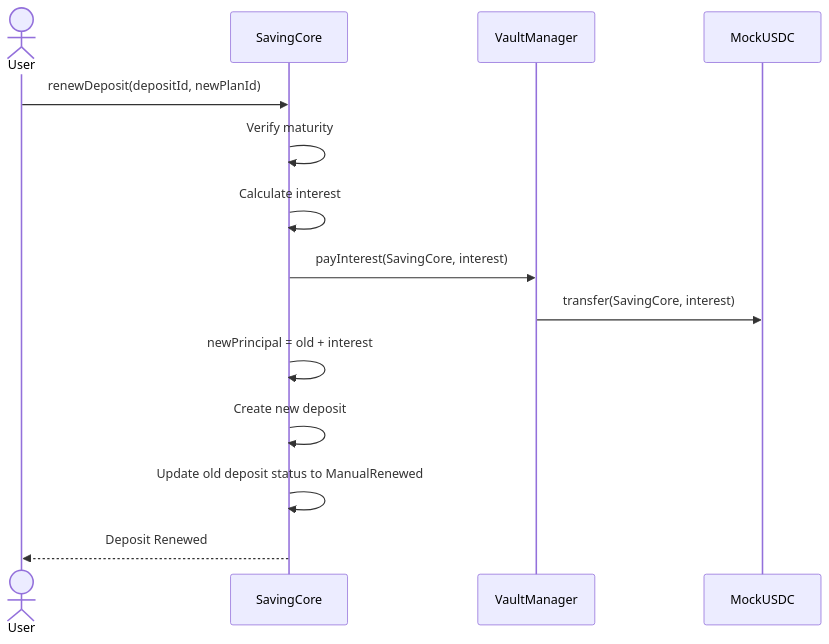
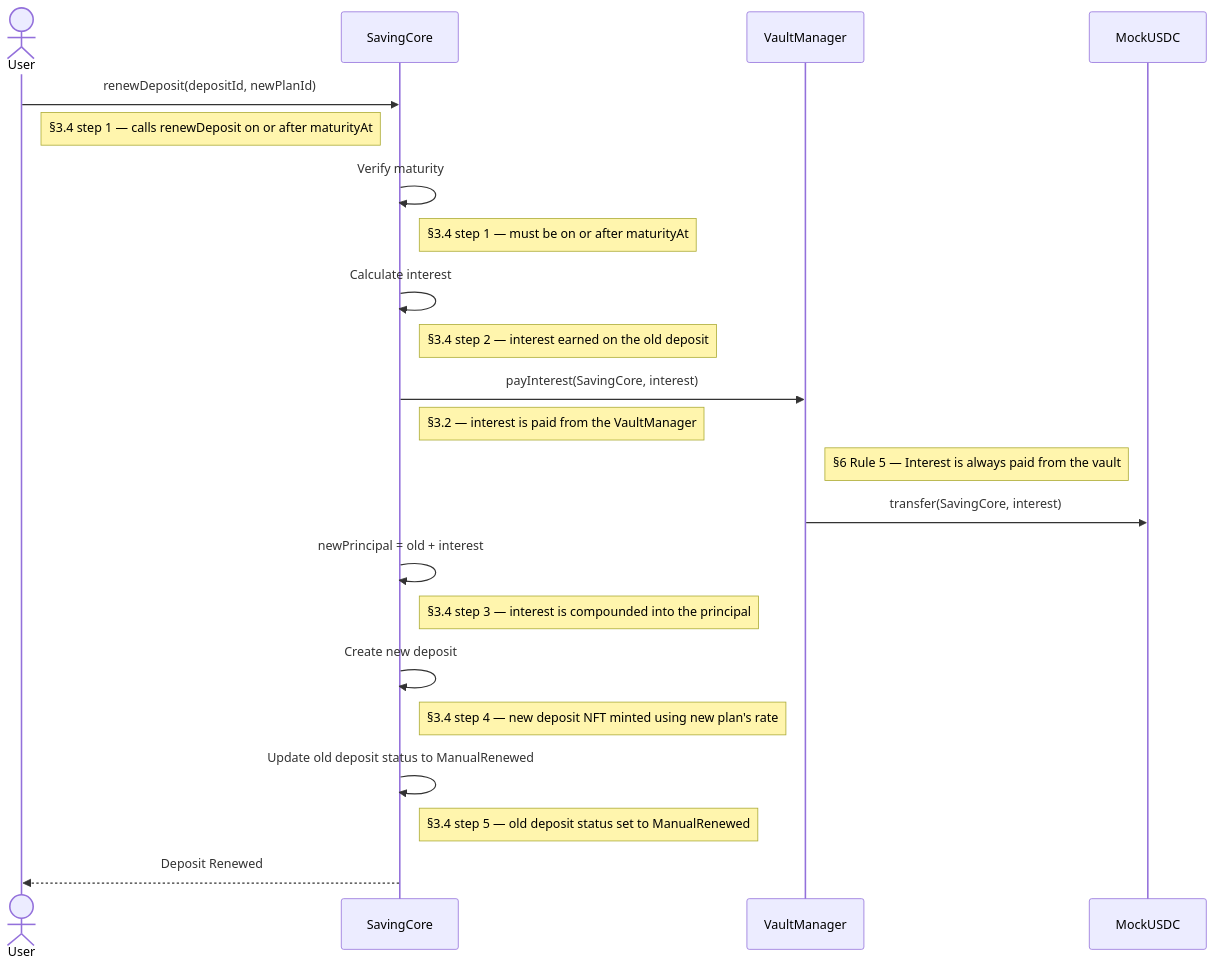
Before and after one commit to yang-sin-pal/AC_BlockChain_Online_Saving: the fourth of 6 diagrams in docs/sequence-diagram.md, drawn with Mermaid. The commit also changed other lines of this file, not shown here.

Commit message:
fix: enhance sequence diagrams with detailed notes for deposit, withdrawal, and renewal processes

````diff
--- a/docs/sequence-diagram.md
+++ b/docs/sequence-diagram.md
@@ -77,21 +106,33 @@
 ```mermaid
 sequenceDiagram
     actor User
     participant Core as SavingCore
     participant Vault as VaultManager
     participant USDC as MockUSDC
 
     User->>Core: renewDeposit(depositId, newPlanId)
+    Note right of User: §3.4 step 1 — calls renewDeposit on or after maturityAt
 
     Core->>Core: Verify maturity
+    Note right of Core: §3.4 step 1 — must be on or after maturityAt
+
     Core->>Core: Calculate interest
+    Note right of Core: §3.4 step 2 — interest earned on the old deposit
 
     Core->>Vault: payInterest(SavingCore, interest)
+    Note right of Core: §3.2 — interest is paid from the VaultManager
+    Note right of Vault: §6 Rule 5 — Interest is always paid from the vault
+
     Vault->>USDC: transfer(SavingCore, interest)
 
     Core->>Core: newPrincipal = old + interest
+    Note right of Core: §3.4 step 3 — interest is compounded into the principal
+
     Core->>Core: Create new deposit
+    Note right of Core: §3.4 step 4 — new deposit NFT minted using new plan's rate
+
     Core->>Core: Update old deposit status to ManualRenewed
+    Note right of Core: §3.4 step 5 — old deposit status set to ManualRenewed
 
     Core-->>User: Deposit Renewed
 ```
````
